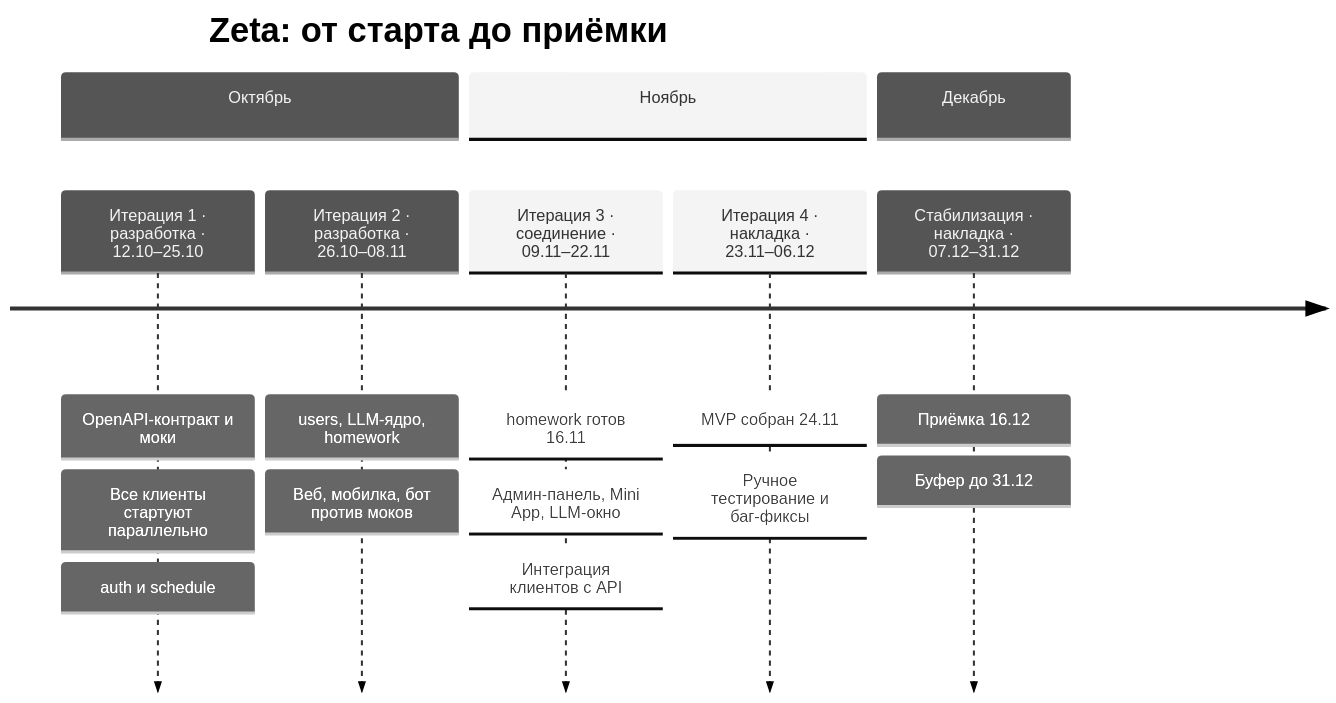
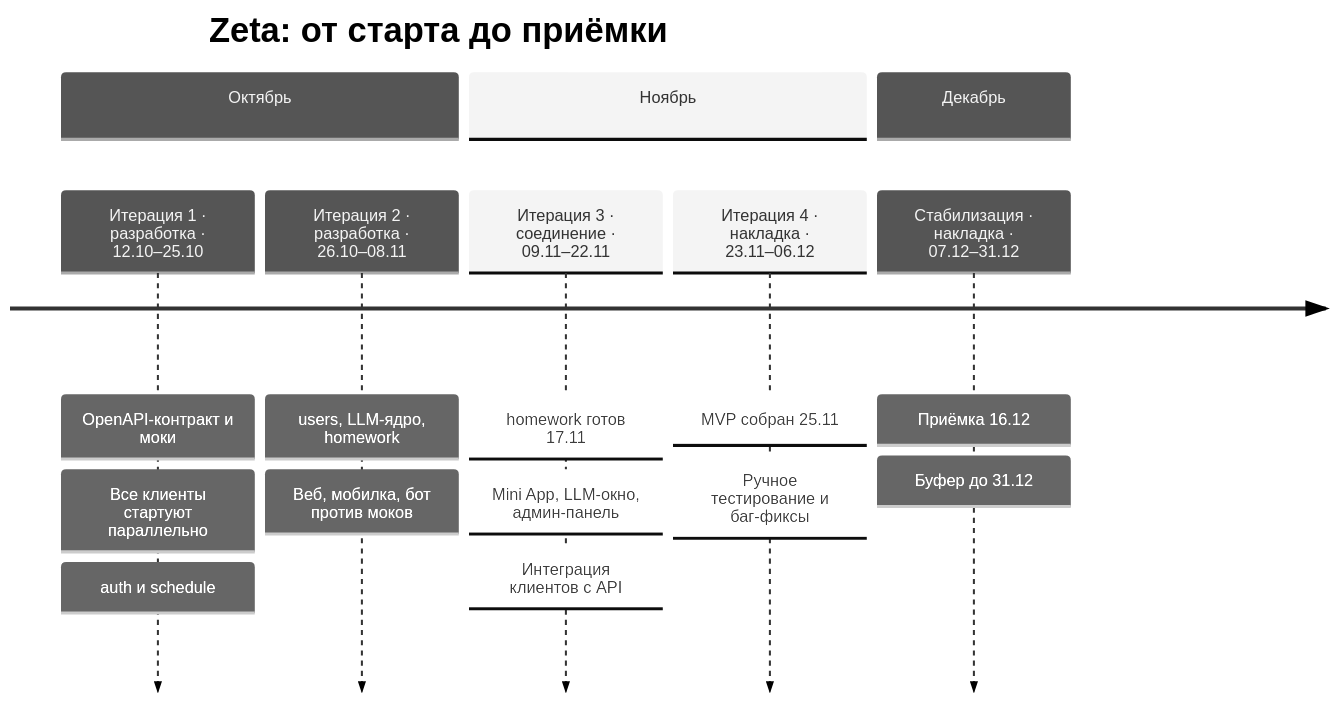
One commit to Ivansups/Zeta changed the first of 4 diagrams in docs/Roadmap.md. Above: the diagram before and after it, drawn with Mermaid (neutral theme). The commit also changed other lines of this file and 4 other files, not shown here.

````diff
--- a/docs/Roadmap.md
+++ b/docs/Roadmap.md
@@ -14,12 +14,12 @@
 ```mermaid
 timeline
     title Zeta: от старта до приёмки
     section Октябрь
         Итерация 1 · разработка · 12.10–25.10 : OpenAPI-контракт и моки : Все клиенты стартуют параллельно : auth и schedule
         Итерация 2 · разработка · 26.10–08.11 : users, LLM-ядро, homework : Веб, мобилка, бот против моков
     section Ноябрь
-        Итерация 3 · соединение · 09.11–22.11 : homework готов 16.11 : Админ-панель, Mini App, LLM-окно : Интеграция клиентов с API
-        Итерация 4 · накладка · 23.11–06.12 : MVP собран 24.11 : Ручное тестирование и баг-фиксы
+        Итерация 3 · соединение · 09.11–22.11 : homework готов 17.11 : Mini App, LLM-окно, админ-панель : Интеграция клиентов с API
+        Итерация 4 · накладка · 23.11–06.12 : MVP собран 25.11 : Ручное тестирование и баг-фиксы
     section Декабрь
         Стабилизация · накладка · 07.12–31.12 : Приёмка 16.12 : Буфер до 31.12
 ```
````
